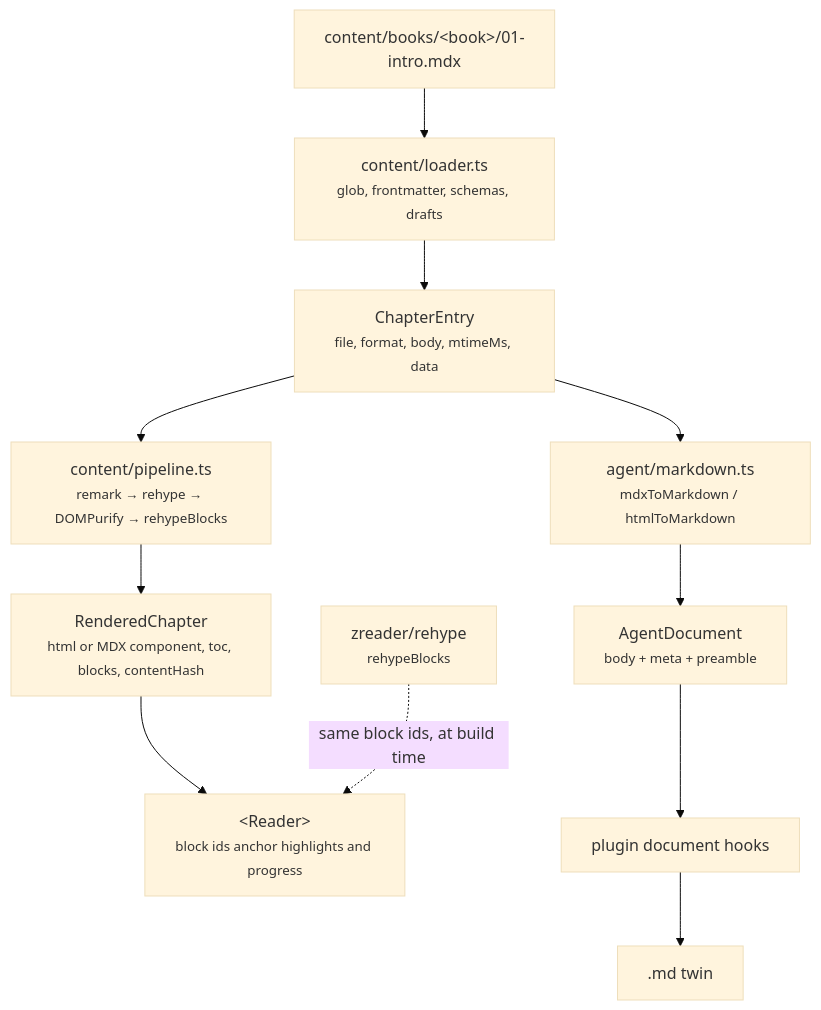
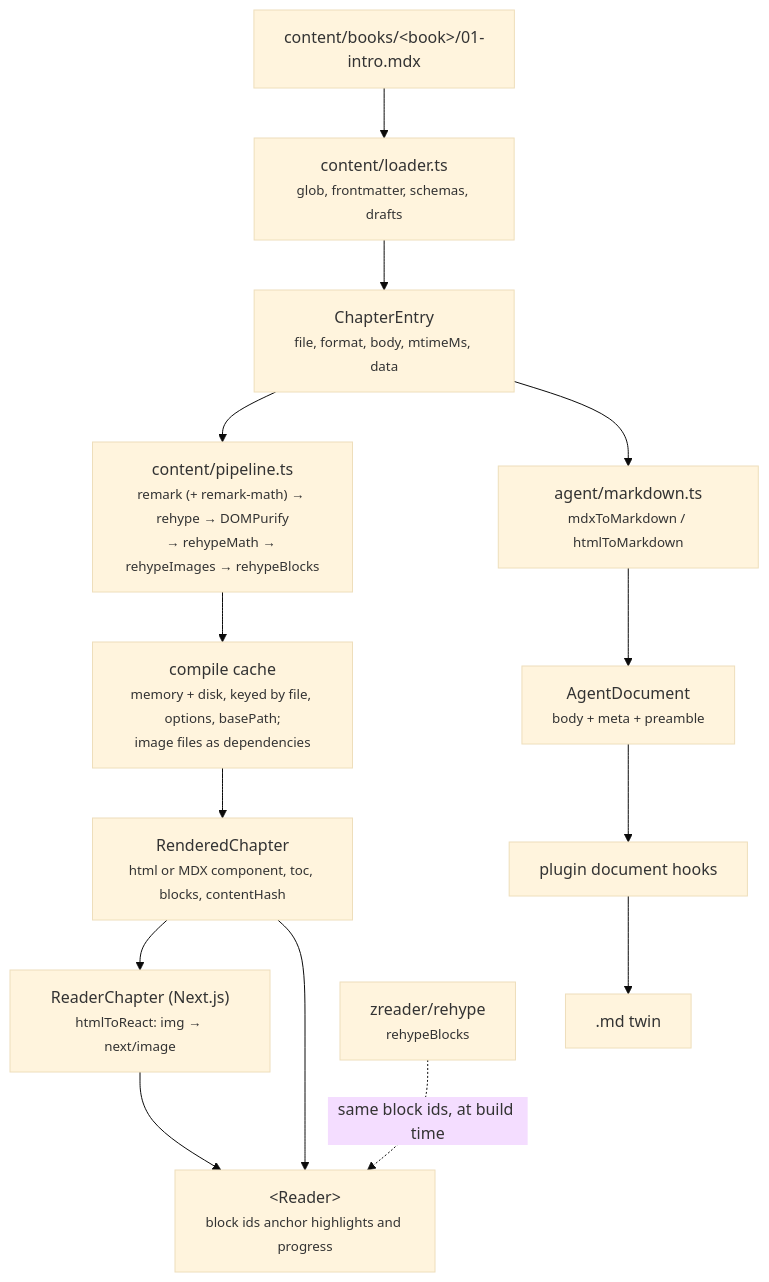
One commit to Alchemyst-ai/zreader changed the fourth of 6 diagrams in docs/architecture.md. Above: the diagram before and after it, drawn with Mermaid (base theme). The commit also changed other lines of this file and 4 other files, not shown here.

````diff
--- a/docs/architecture.md
+++ b/docs/architecture.md
@@ -121,18 +130,21 @@
 ```mermaid
 flowchart TD
     file["content/books/&lt;book&gt;/01-intro.mdx"]
 
     file --> loader["content/loader.ts<br/><small>glob, frontmatter, schemas, drafts</small>"]
     loader --> entry["ChapterEntry<br/><small>file, format, body, mtimeMs, data</small>"]
 
-    entry --> pipeline["content/pipeline.ts<br/><small>remark → rehype → DOMPurify → rehypeBlocks</small>"]
-    pipeline --> page["RenderedChapter<br/><small>html or MDX component, toc, blocks, contentHash</small>"]
+    entry --> pipeline["content/pipeline.ts<br/><small>remark (+ remark-math) → rehype → DOMPurify<br/>→ rehypeMath → rehypeImages → rehypeBlocks</small>"]
+    pipeline --> cache["compile cache<br/><small>memory + disk, keyed by file, options, basePath;<br/>image files as dependencies</small>"]
+    cache --> page["RenderedChapter<br/><small>html or MDX component, toc, blocks, contentHash</small>"]
+    page --> rsc["ReaderChapter (Next.js)<br/><small>htmlToReact: img → next/image</small>"]
     page --> reader["&lt;Reader&gt;<br/><small>block ids anchor highlights and progress</small>"]
+    rsc --> reader
 
     entry --> conv["agent/markdown.ts<br/><small>mdxToMarkdown / htmlToMarkdown</small>"]
     conv --> doc["AgentDocument<br/><small>body + meta + preamble</small>"]
     doc --> hooks["plugin document hooks"]
     hooks --> twin[".md twin"]
 
     rehype["zreader/rehype<br/><small>rehypeBlocks</small>"] -. "same block ids, at build time" .-> reader
 ```
````
